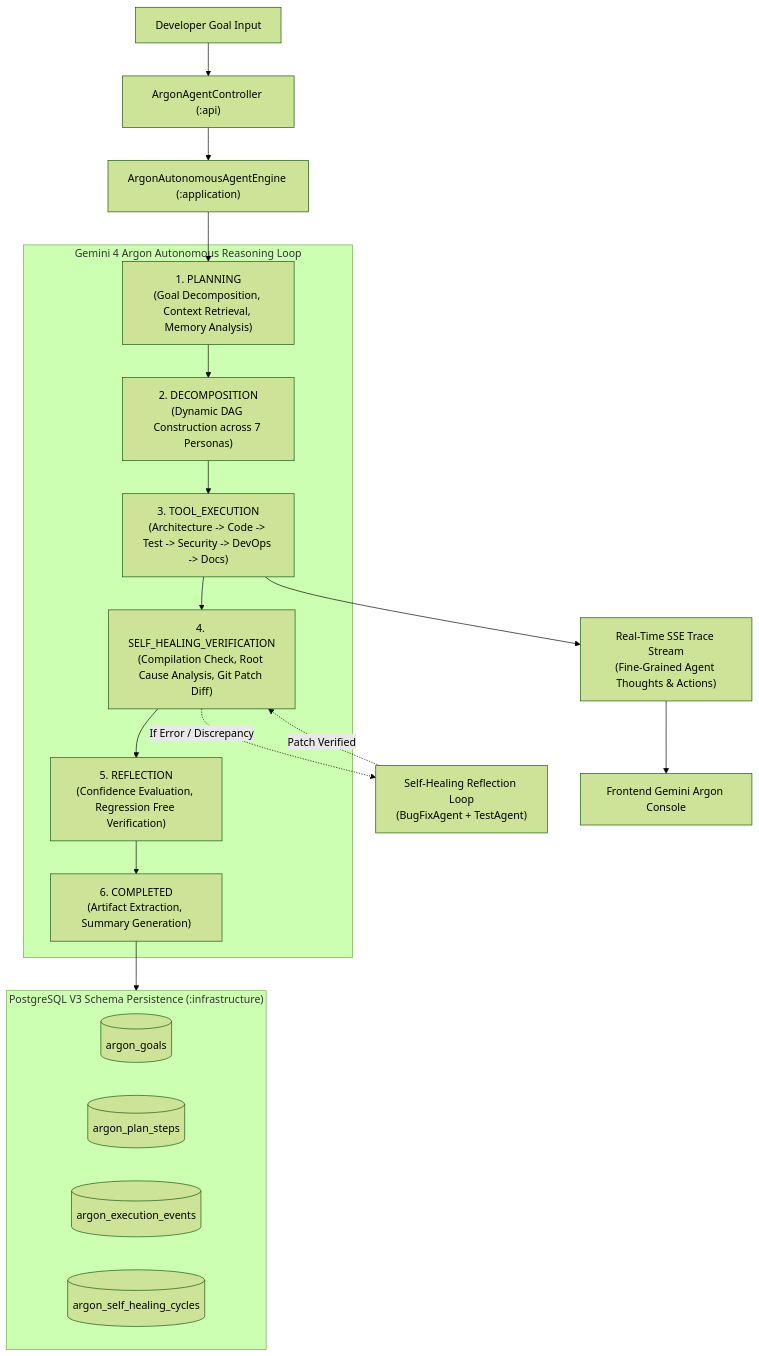
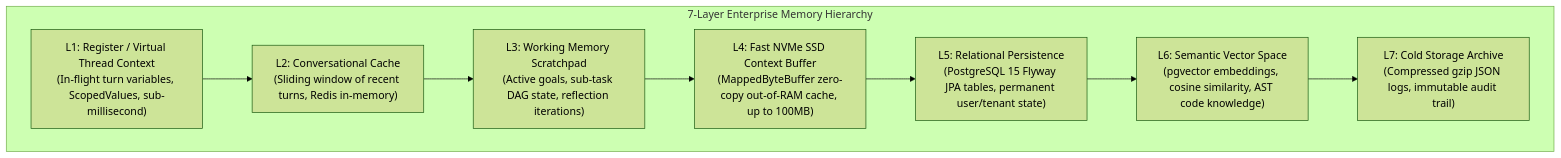
Before and after one commit to oenexa/oenexa-ai-core: the fifth of 5 diagrams in ARCHITECTURE.md, drawn with Mermaid (forest theme). The commit also changed other lines of this file and 5 other files, not shown here.

````diff
--- a/ARCHITECTURE.md
+++ b/ARCHITECTURE.md
@@ -467,35 +220,14 @@
 ```mermaid
 graph TD
-    User["Developer Goal Input"] --> AgentController["ArgonAgentController (:api)"]
-    AgentController --> Engine["ArgonAutonomousAgentEngine (:application)"]
-    
-    subgraph ArgonLifecycle ["Gemini 4 Argon Autonomous Reasoning Loop"]
-        Phase1["1. PLANNING<br/>(Goal Decomposition, Context Retrieval, Memory Analysis)"]
-        Phase2["2. DECOMPOSITION<br/>(Dynamic DAG Construction across 7 Personas)"]
-        Phase3["3. TOOL_EXECUTION<br/>(Architecture -> Code -> Test -> Security -> DevOps -> Docs)"]
-        Phase4["4. SELF_HEALING_VERIFICATION<br/>(Compilation Check, Root Cause Analysis, Git Patch Diff)"]
-        Phase5["5. REFLECTION<br/>(Confidence Evaluation, Regression Free Verification)"]
-        Phase6["6. COMPLETED<br/>(Artifact Extraction, Summary Generation)"]
-        
-        Phase1 --> Phase2
-        Phase2 --> Phase3
-        Phase3 --> Phase4
-        Phase4 --> Phase5
-        Phase5 --> Phase6
+    subgraph MemoryHierarchy ["7-Layer Enterprise Memory Hierarchy"]
+        L1["L1: Register / Virtual Thread Context<br/>(In-flight turn variables, ScopedValues, sub-millisecond)"]
+        L2["L2: Conversational Cache<br/>(Sliding window of recent turns, Redis in-memory)"]
+        L3["L3: Working Memory Scratchpad<br/>(Active goals, sub-task DAG state, reflection iterations)"]
+        L4["L4: Fast NVMe SSD Context Buffer<br/>(MappedByteBuffer zero-copy out-of-RAM cache, up to 100MB)"]
+        L5["L5: Relational Persistence<br/>(PostgreSQL 15 Flyway JPA tables, permanent user/tenant state)"]
+        L6["L6: Semantic Vector Space<br/>(pgvector embeddings, cosine similarity, AST code knowledge)"]
+        L7["L7: Cold Storage Archive<br/>(Compressed gzip JSON logs, immutable audit trail)"]
     end
-    
-    Engine --> Phase1
-    Phase4 -.->|If Error / Discrepancy| SelfHealingCycle["Self-Healing Reflection Loop<br/>(BugFixAgent + TestAgent)"]
-    SelfHealingCycle -.->|Patch Verified| Phase4
-    
-    subgraph PersistenceLayer ["PostgreSQL V3 Schema Persistence (:infrastructure)"]
-        GoalsTable[("argon_goals")]
-        StepsTable[("argon_plan_steps")]
-        EventsTable[("argon_execution_events")]
-        HealingTable[("argon_self_healing_cycles")]
-    end
-    
-    Phase6 --> PersistenceLayer
-    Phase3 --> SSE["Real-Time SSE Trace Stream<br/>(Fine-Grained Agent Thoughts & Actions)"]
-    SSE --> UI["Frontend Gemini Argon Console"]
+
+    L1 --> L2 --> L3 --> L4 --> L5 --> L6 --> L7
 ```
````
